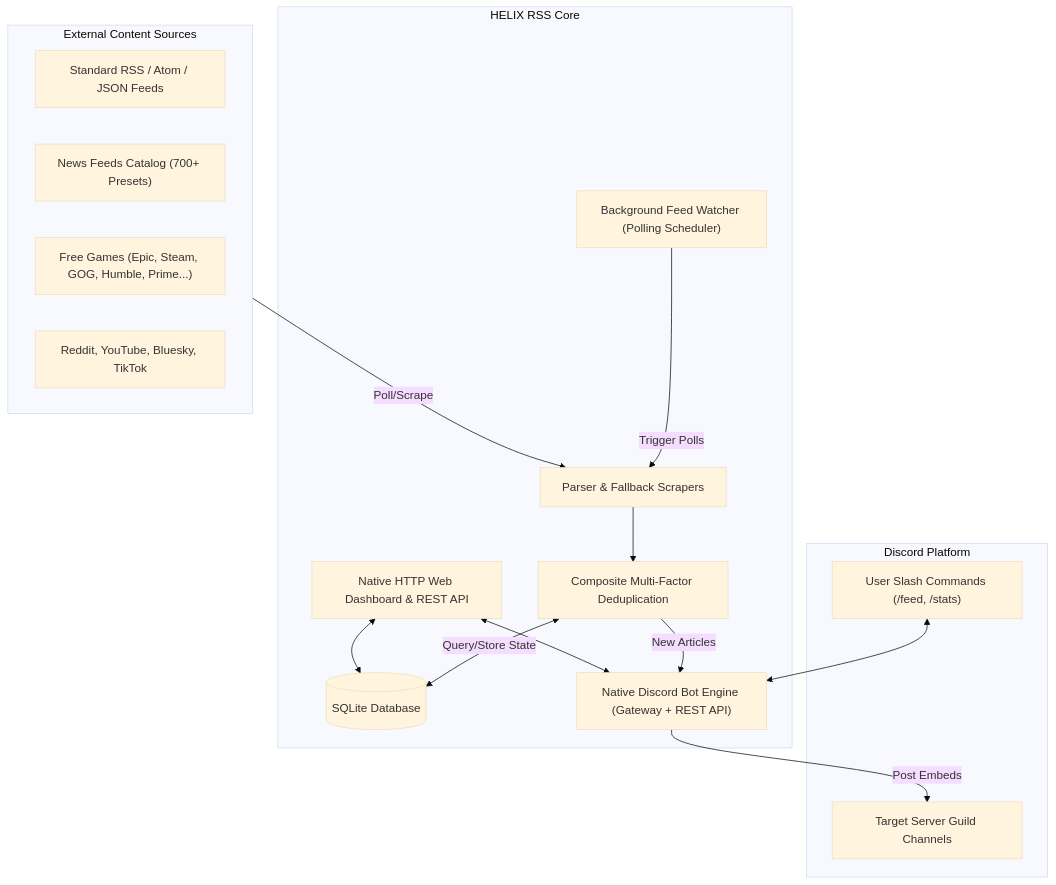
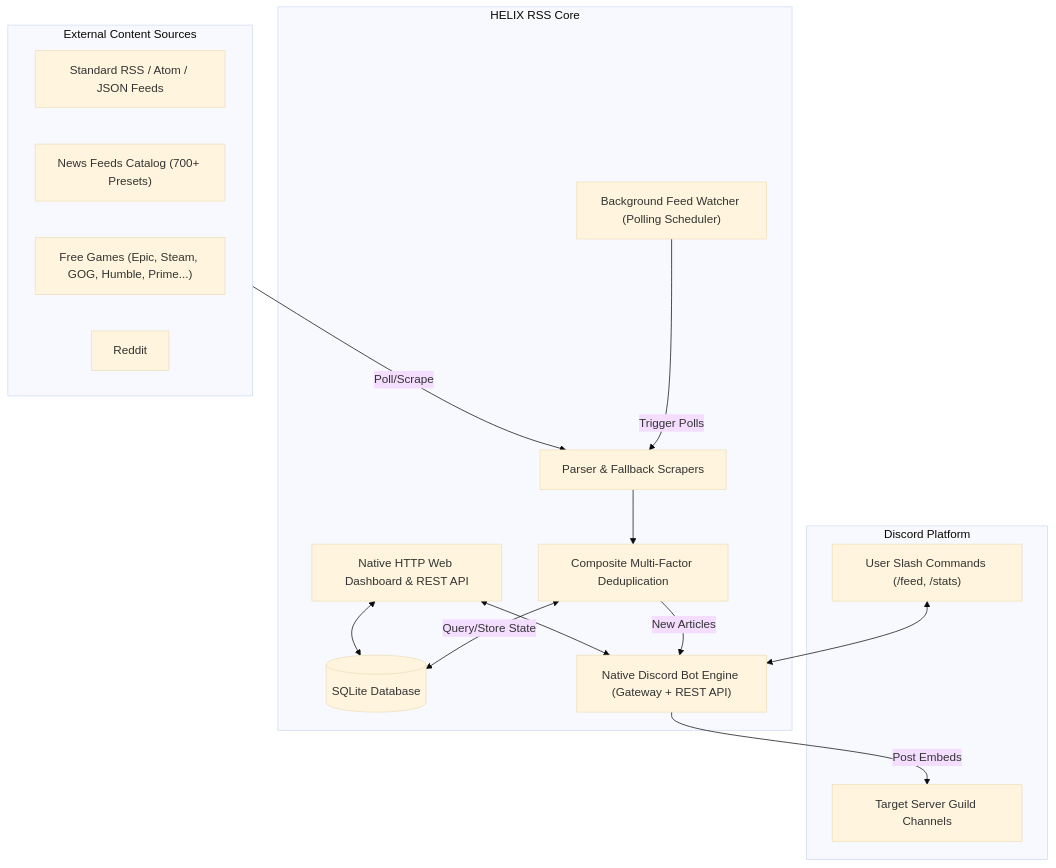
One commit to HELIX-Origin/Discord-RSS changed the diagram in wiki/HOME.md. Above: the diagram before and after it, drawn with Mermaid (base theme). The commit also changed other lines of this file and 5 other files, not shown here.

````diff
--- a/wiki/HOME.md
+++ b/wiki/HOME.md
@@ -27,33 +27,33 @@
 ```mermaid
 flowchart TD
     subgraph Sources["External Content Sources"]
         RSS["Standard RSS / Atom / JSON Feeds"]
         News["News Feeds Catalog (700+ Presets)"]
         Games["Free Games (Epic, Steam, GOG, Humble, Prime...)"]
-        Social["Reddit, YouTube, Bluesky, TikTok"]
+        Social["Reddit"]
     end
 
     subgraph CoreEngine["HELIX RSS Core"]
         Watcher["Background Feed Watcher (Polling Scheduler)"]
         Parser["Parser & Fallback Scrapers"]
         Dedup["Composite Multi-Factor Deduplication"]
         DB[(SQLite Database)]
         Bot["Native Discord Bot Engine (Gateway + REST API)"]
         Web["Native HTTP Web Dashboard & REST API"]
     end
 
     subgraph Discord["Discord Platform"]
         Channels["Target Server Guild Channels"]
         SlashCmd["User Slash Commands (/feed, /stats)"]
     end
 
     Sources -->|Poll/Scrape| Parser
     Watcher -->|Trigger Polls| Parser
     Parser --> Dedup
     Dedup <-->|Query/Store State| DB
     Dedup -->|New Articles| Bot
     Bot -->|Post Embeds| Channels
     SlashCmd <--> Bot
     Web <--> DB
     Web <--> Bot
 ```
````
